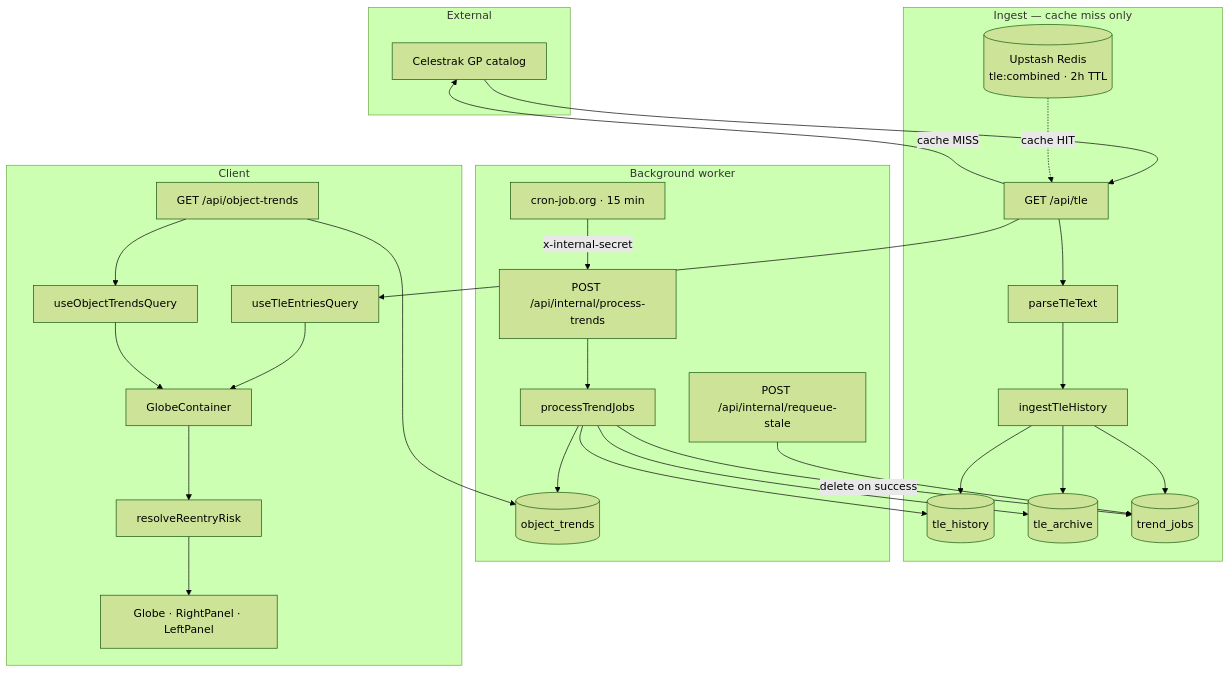
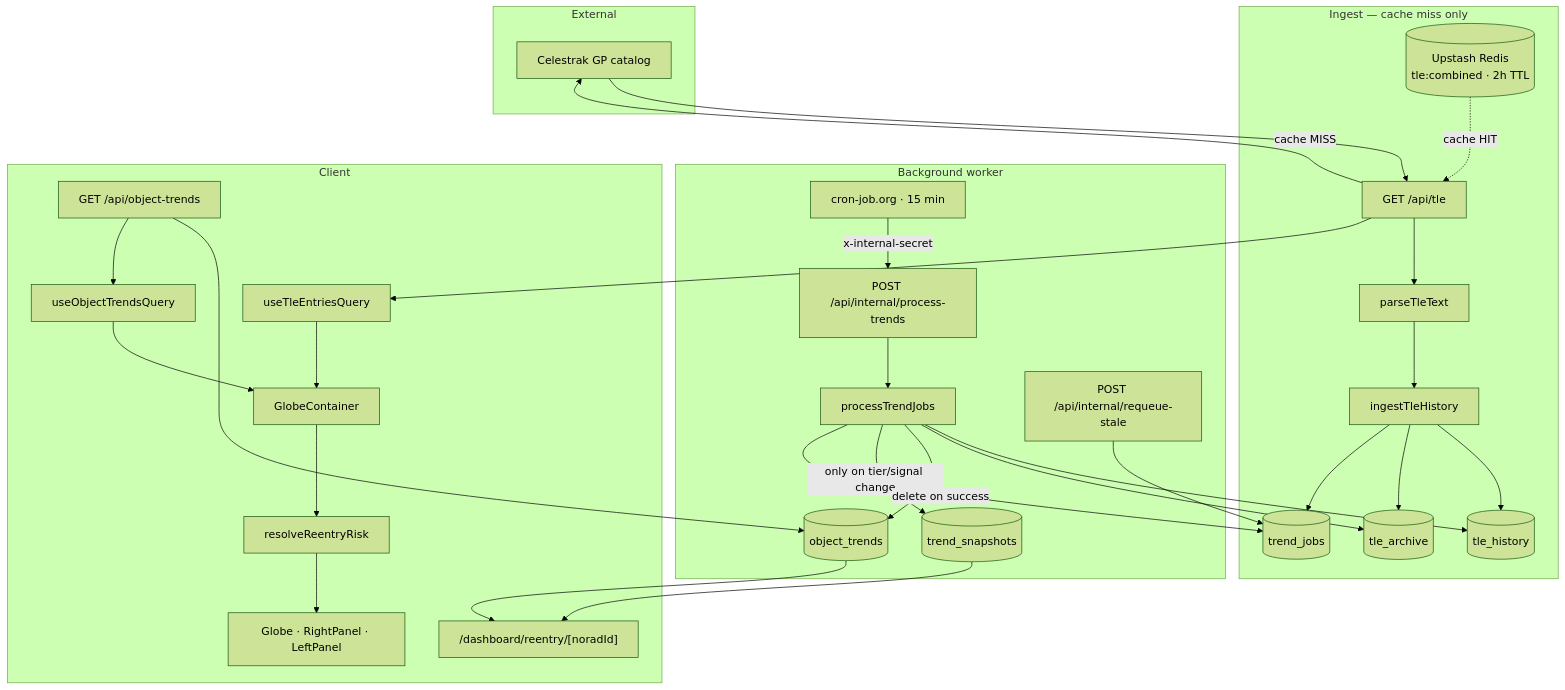
Before and after one commit to Piyushverma-tech/drakon: the first of 2 diagrams in docs/TLE_HISTORY_PIPELINE.md, drawn with Mermaid (forest theme). The commit also changed other lines of this file and 3 other files, not shown here.

````diff
--- a/docs/TLE_HISTORY_PIPELINE.md
+++ b/docs/TLE_HISTORY_PIPELINE.md
@@ -19,46 +19,50 @@
 ```mermaid
 flowchart TB
   subgraph external [External]
     CS[Celestrak GP catalog]
   end
 
   subgraph ingest [Ingest — cache miss only]
     TLE_API["GET /api/tle"]
     Redis[(Upstash Redis<br/>tle:combined · 2h TTL)]
     Parse[parseTleText]
     Ingest[ingestTleHistory]
     CS --> TLE_API
     Redis -.->|cache HIT| TLE_API
     TLE_API -->|cache MISS| CS
     TLE_API --> Parse --> Ingest
     Ingest --> TH[(tle_history)]
     Ingest --> TA[(tle_archive)]
     Ingest --> TJ[(trend_jobs)]
   end
 
   subgraph worker [Background worker]
     CronExt[cron-job.org · 15 min]
     Internal["POST /api/internal/process-trends"]
     Process[processTrendJobs]
     Requeue["POST /api/internal/requeue-stale"]
     CronExt -->|x-internal-secret| Internal
     Internal --> Process
     Requeue --> TJ
     Process --> TH
     Process --> TA
     Process --> OT[(object_trends)]
+    Process -->|only on tier/signal change| TS[(trend_snapshots)]
     Process -->|delete on success| TJ
   end
 
   subgraph client [Client]
     TLE_HOOK[useTleEntriesQuery]
     TREND_HOOK[useObjectTrendsQuery]
     GC[GlobeContainer]
     Resolve[resolveReentryRisk]
     UI[Globe · RightPanel · LeftPanel]
+    Analysis["/dashboard/reentry/[noradId]"]
     TLE_API --> TLE_HOOK --> GC
     OT_API["GET /api/object-trends"] --> OT
     OT_API --> TREND_HOOK --> GC
     GC --> Resolve --> UI
+    OT --> Analysis
+    TS --> Analysis
   end
 ```
````
